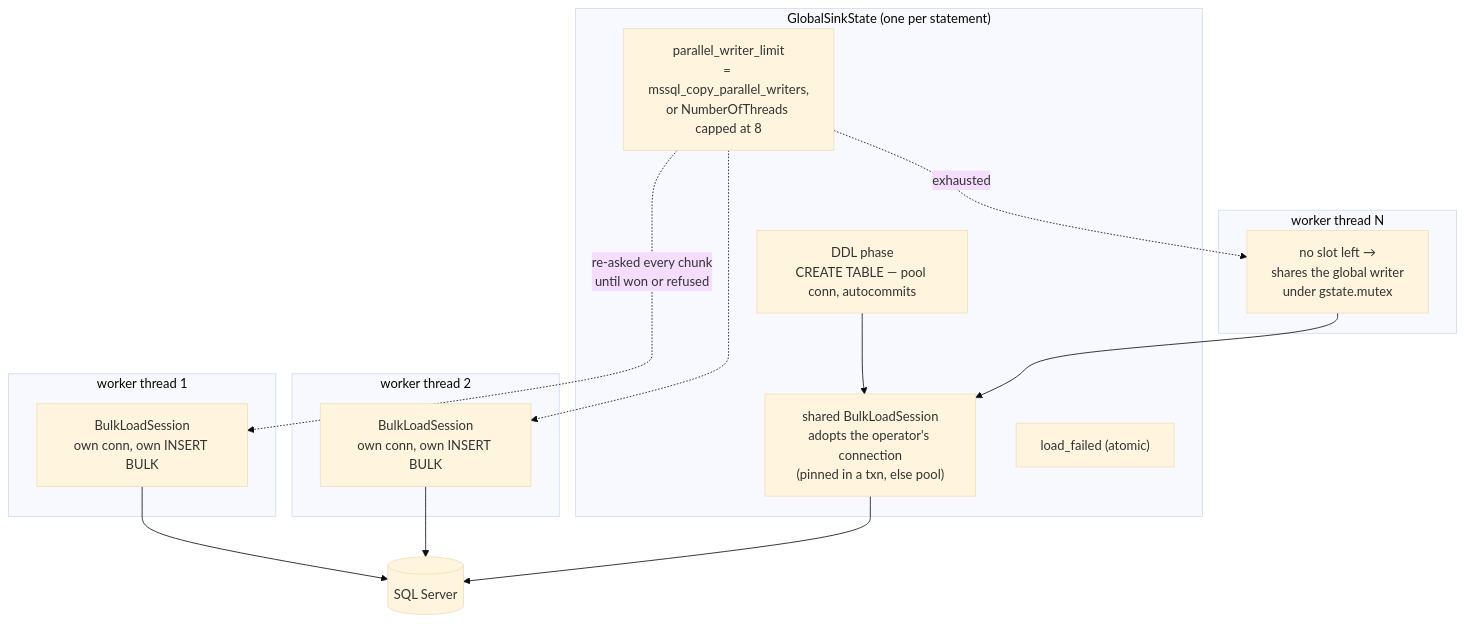
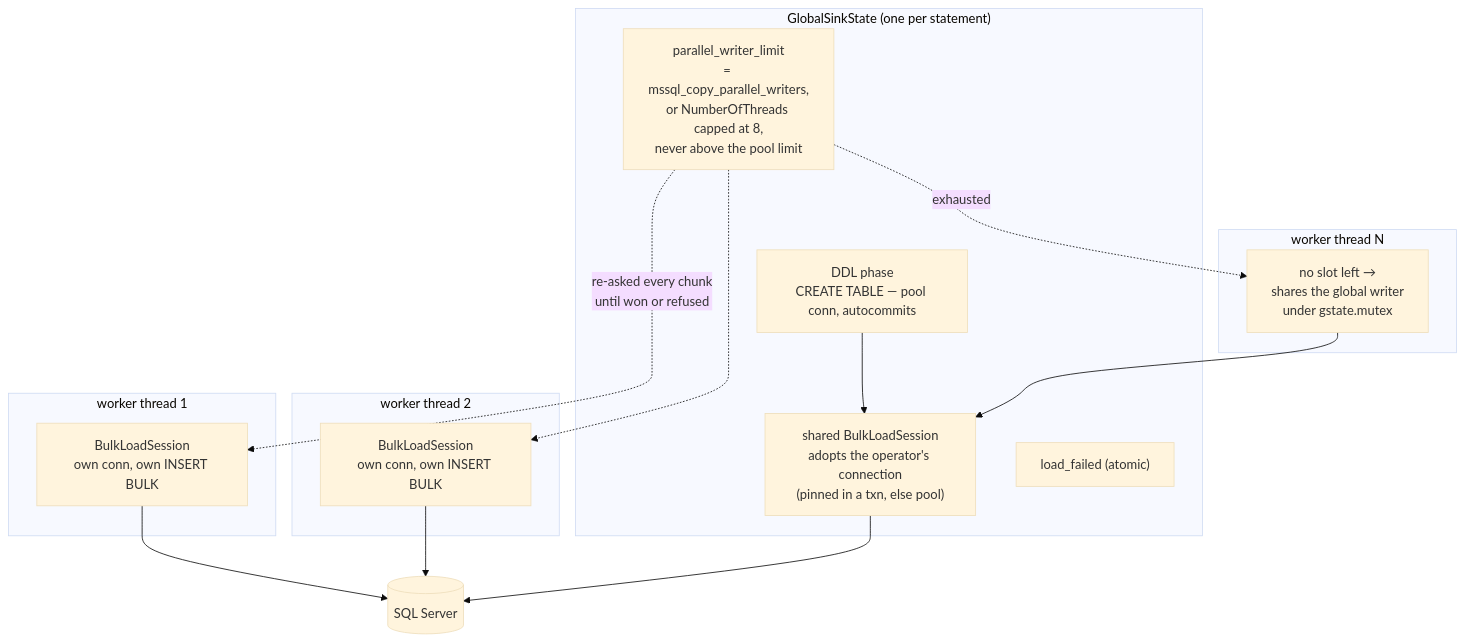
One commit to hugr-lab/mssql-extension changed diagram 14 of 15 in DATAMODEL.md. Above: the diagram before and after it, drawn with Mermaid (base theme). The commit also changed other lines of this file and 35 other files, not shown here.

````diff
--- a/DATAMODEL.md
+++ b/DATAMODEL.md
@@ -721,26 +780,26 @@
 ```mermaid
 flowchart TD
     subgraph GS["GlobalSinkState (one per statement)"]
         ddl["DDL phase<br/>CREATE TABLE — pool conn, autocommits"]
         gw["shared BulkLoadSession<br/>adopts the operator's connection<br/>(pinned in a txn, else pool)"]
-        lim["parallel_writer_limit<br/>= mssql_copy_parallel_writers,<br/>or NumberOfThreads capped at 8"]
+        lim["parallel_writer_limit<br/>= mssql_copy_parallel_writers,<br/>or NumberOfThreads capped at 8,<br/>never above the pool limit"]
         failed["load_failed (atomic)"]
     end
     subgraph T1["worker thread 1"]
         lw1["BulkLoadSession<br/>own conn, own INSERT BULK"]
     end
     subgraph T2["worker thread 2"]
         lw2["BulkLoadSession<br/>own conn, own INSERT BULK"]
     end
     subgraph T3["worker thread N"]
         shared["no slot left →<br/>shares the global writer<br/>under gstate.mutex"]
     end
     ddl --> gw
     lim -.re-asked every chunk<br/>until won or refused.-> lw1
     lim -.-> lw2
     lim -.exhausted.-> shared
     lw1 --> srv[(SQL Server)]
     lw2 --> srv
     gw --> srv
     shared --> gw
 ```
````
